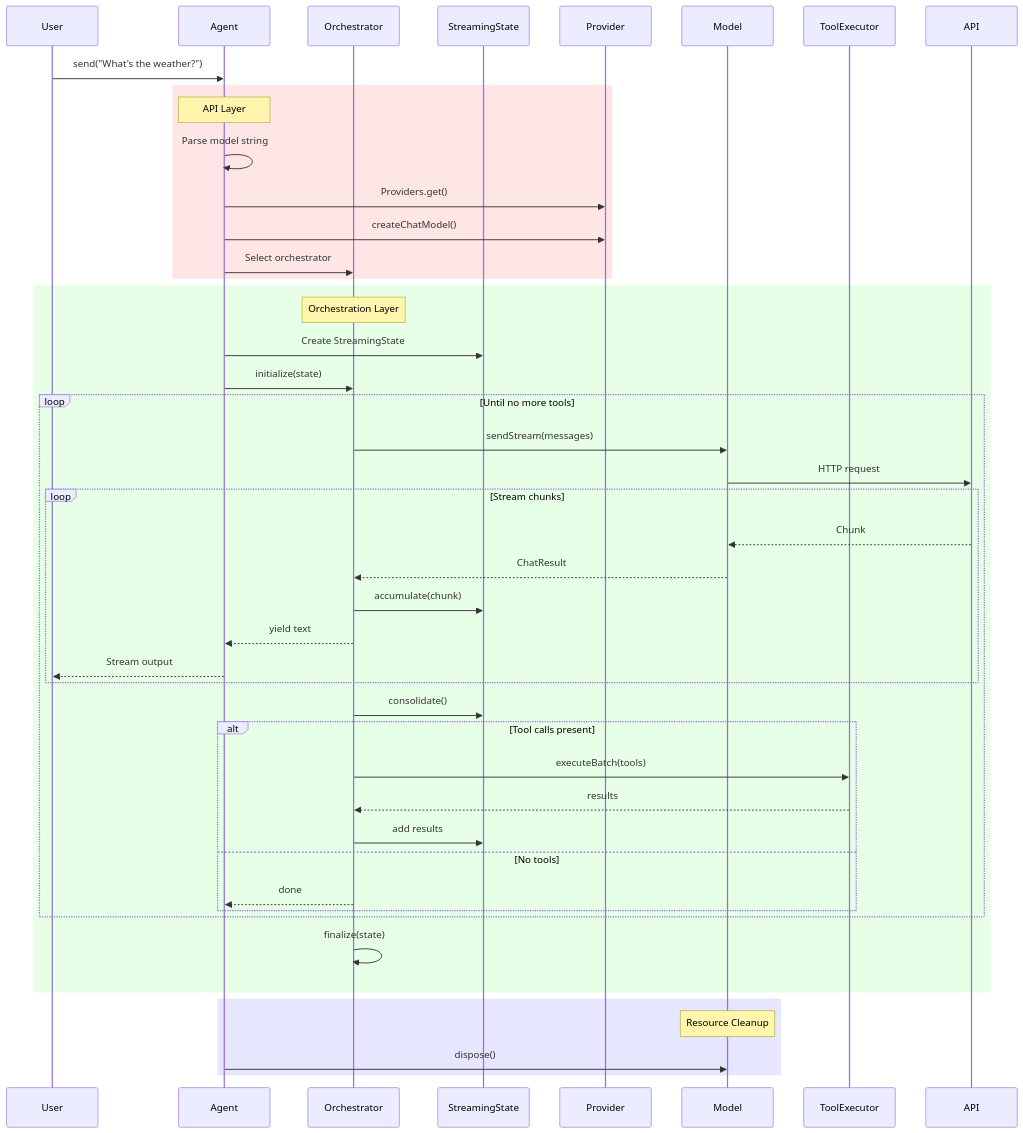
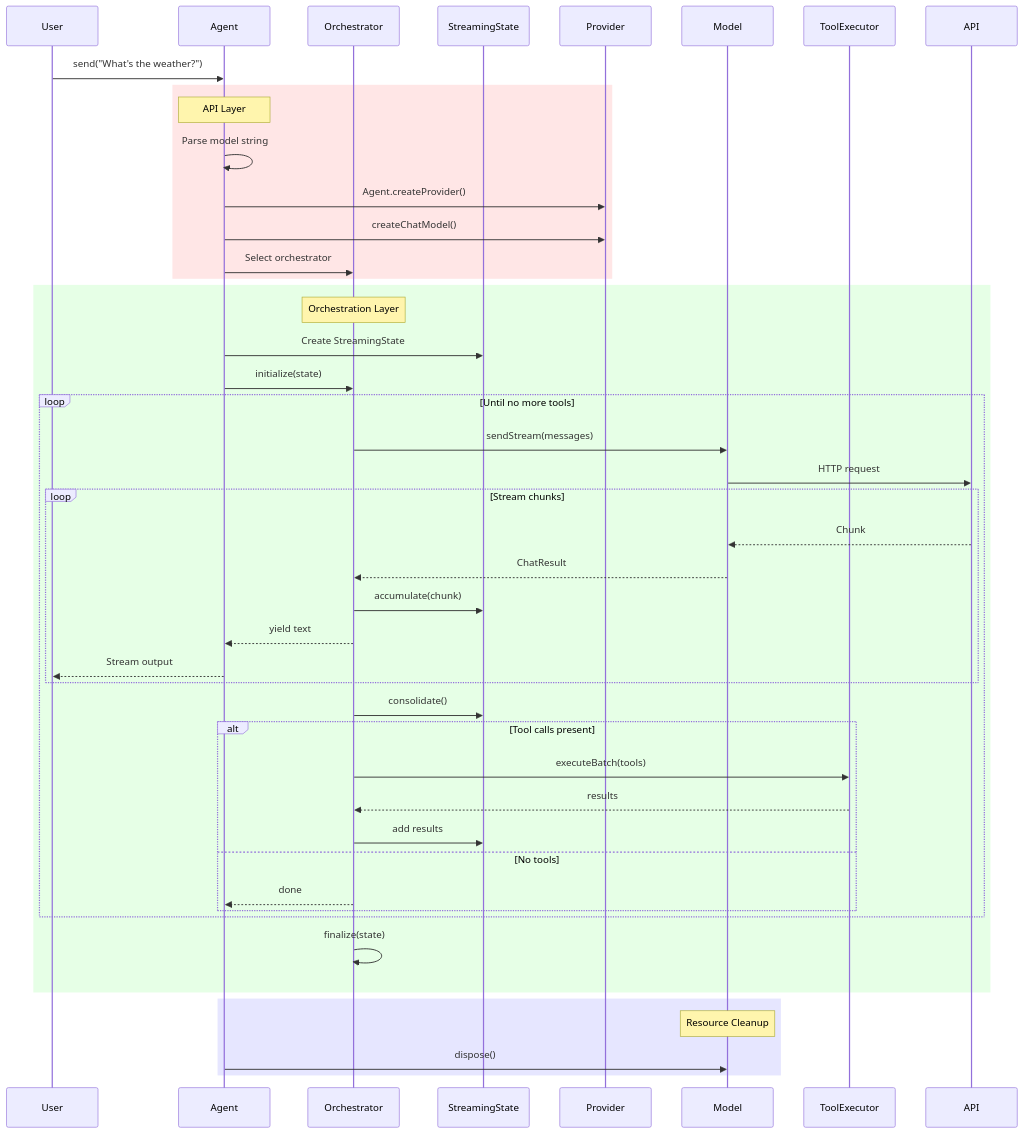
One commit to csells/dartantic_ai changed the second of 5 diagrams in wiki/Home.md. Above: the diagram before and after it, drawn with Mermaid. The commit also changed other lines of this file and 6 other files, not shown here.

````diff
--- a/wiki/Home.md
+++ b/wiki/Home.md
@@ -99,57 +99,57 @@
 ```mermaid
 sequenceDiagram
     participant User
     participant Agent
     participant Orchestrator
     participant State as StreamingState
     participant Provider
     participant Model
     participant Executor as ToolExecutor
     participant API
     
     User->>Agent: send("What's the weather?")
     
     rect rgb(255, 230, 230)
         note over Agent: API Layer
         Agent->>Agent: Parse model string
-        Agent->>Provider: Providers.get()
+        Agent->>Provider: Agent.createProvider()
         Agent->>Provider: createChatModel()
         Agent->>Orchestrator: Select orchestrator
     end
     
     rect rgb(230, 255, 230)
         note over Orchestrator: Orchestration Layer
         Agent->>State: Create StreamingState
         Agent->>Orchestrator: initialize(state)
         
         loop Until no more tools
             Orchestrator->>Model: sendStream(messages)
             Model->>API: HTTP request
             
             loop Stream chunks
                 API-->>Model: Chunk
                 Model-->>Orchestrator: ChatResult
                 Orchestrator->>State: accumulate(chunk)
                 Orchestrator-->>Agent: yield text
                 Agent-->>User: Stream output
             end
             
             Orchestrator->>State: consolidate()
             
             alt Tool calls present
                 Orchestrator->>Executor: executeBatch(tools)
                 Executor-->>Orchestrator: results
                 Orchestrator->>State: add results
             else No tools
                 Orchestrator-->>Agent: done
             end
         end
         
         Orchestrator->>Orchestrator: finalize(state)
     end
     
     rect rgb(230, 230, 255)
         note over Model: Resource Cleanup
         Agent->>Model: dispose()
     end
 ```
````
